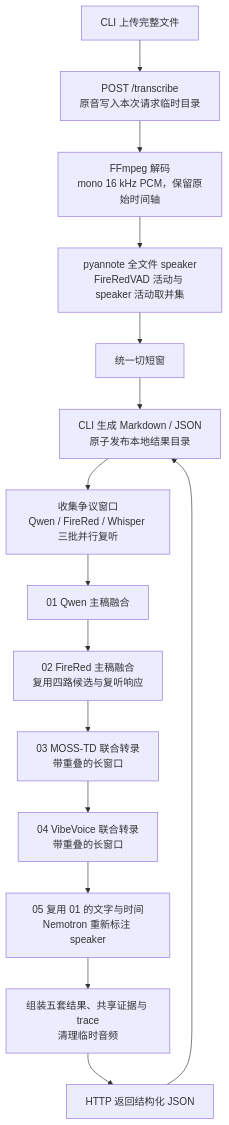
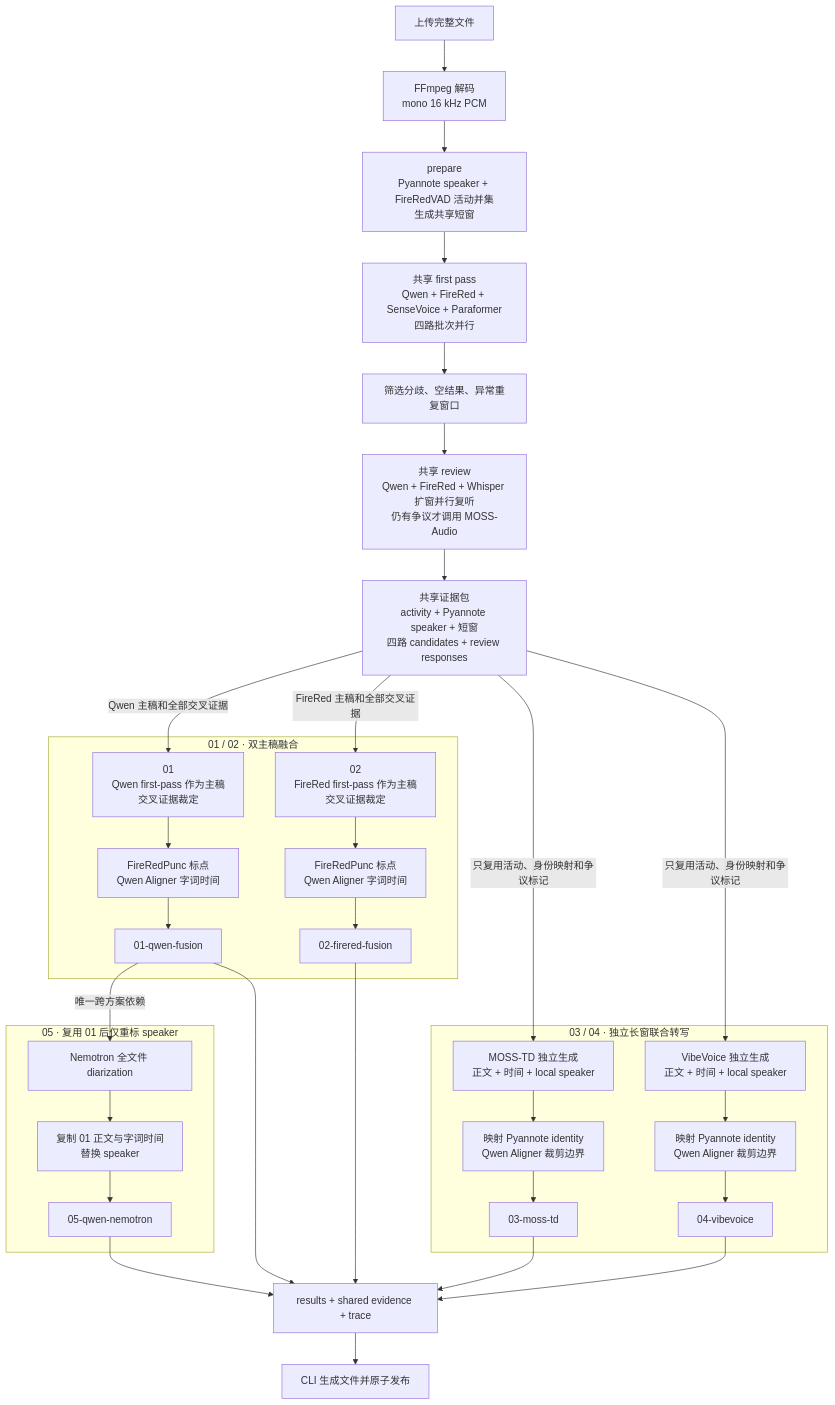
One commit to curoky/codespace changed the third of 3 diagrams in platform/container/services/asr/DESIGN.md. Above: the diagram before and after it, drawn with Mermaid. The commit also changed other lines of this file and 27 other files, not shown here.

````diff
--- a/platform/container/services/asr/DESIGN.md
+++ b/platform/container/services/asr/DESIGN.md
@@ -164,17 +63,35 @@
 ```mermaid
 flowchart TD
-    C[CLI 上传完整文件] --> U[POST /transcribe<br/>原音写入本次请求临时目录]
-    U --> F[FFmpeg 解码<br/>mono 16 kHz PCM，保留原始时间轴]
-    F --> P[pyannote 全文件 speaker<br/>FireRedVAD 活动与 speaker 活动取并集]
-    P --> W[统一切短窗]
-    W --> A[四路并行第一轮识别<br/>Qwen / FireRed / SenseVoice / Paraformer]
-    A --> R[收集争议窗口<br/>Qwen / FireRed / Whisper 三批并行复听]
-    R --> R1[01 Qwen 主稿融合]
-    R1 --> R2[02 FireRed 主稿融合<br/>复用四路候选与复听响应]
-    R2 --> R3[03 MOSS-TD 联合转录<br/>带重叠的长窗口]
-    R3 --> R4[04 VibeVoice 联合转录<br/>带重叠的长窗口]
-    R4 --> R5[05 复用 01 的文字与时间<br/>Nemotron 重新标注 speaker]
-    R5 --> O[组装五套结果、共享证据与 trace<br/>清理临时音频]
-    O --> D[HTTP 返回结构化 JSON]
-    D --> A[CLI 生成 Markdown / JSON<br/>原子发布本地结果目录]
+    Upload[上传完整文件] --> Decode[FFmpeg 解码<br/>mono 16 kHz PCM]
+    Decode --> Prepare["prepare<br/>Pyannote speaker + FireRedVAD 活动并集<br/>生成共享短窗"]
+    Prepare --> First["共享 first pass<br/>Qwen + FireRed + SenseVoice + Paraformer<br/>四路批次并行"]
+    First --> Dispute["筛选分歧、空结果、异常重复窗口"]
+    Dispute --> Review["共享 review<br/>Qwen + FireRed + Whisper 扩窗并行复听<br/>仍有争议才调用 MOSS-Audio"]
+    Review --> Evidence["共享证据包<br/>activity + Pyannote speaker + 短窗<br/>四路 candidates + review responses"]
+
+    subgraph FusionRecipes["01 / 02 · 双主稿融合"]
+        QwenFusion["01<br/>Qwen first-pass 作为主稿<br/>交叉证据裁定"] --> QwenFinalize["FireRedPunc 标点<br/>Qwen Aligner 字词时间"] --> Out01["01-qwen-fusion"]
+        FireRedFusion["02<br/>FireRed first-pass 作为主稿<br/>交叉证据裁定"] --> FireRedFinalize["FireRedPunc 标点<br/>Qwen Aligner 字词时间"] --> Out02["02-firered-fusion"]
+    end
+
+    subgraph JointRecipes["03 / 04 · 独立长窗联合转写"]
+        MossJoint["MOSS-TD 独立生成<br/>正文 + 时间 + local speaker"] --> MossFinalize["映射 Pyannote identity<br/>Qwen Aligner 裁剪边界"] --> Out03["03-moss-td"]
+        VibeJoint["VibeVoice 独立生成<br/>正文 + 时间 + local speaker"] --> VibeFinalize["映射 Pyannote identity<br/>Qwen Aligner 裁剪边界"] --> Out04["04-vibevoice"]
+    end
+
+    subgraph RelabelRecipe["05 · 复用 01 后仅重标 speaker"]
+        Nemotron["Nemotron 全文件 diarization"] --> Relabel["复制 01 正文与字词时间<br/>替换 speaker"] --> Out05["05-qwen-nemotron"]
+    end
+
+    Evidence -->|Qwen 主稿和全部交叉证据| QwenFusion
+    Evidence -->|FireRed 主稿和全部交叉证据| FireRedFusion
+    Evidence -->|只复用活动、身份映射和争议标记| MossJoint
+    Evidence -->|只复用活动、身份映射和争议标记| VibeJoint
+    Out01 -->|唯一跨方案依赖| Nemotron
+    Out01 --> Response["results + shared evidence + trace"]
+    Out02 --> Response
+    Out03 --> Response
+    Out04 --> Response
+    Out05 --> Response
+    Response --> Publish[CLI 生成文件并原子发布]
 ```
````
